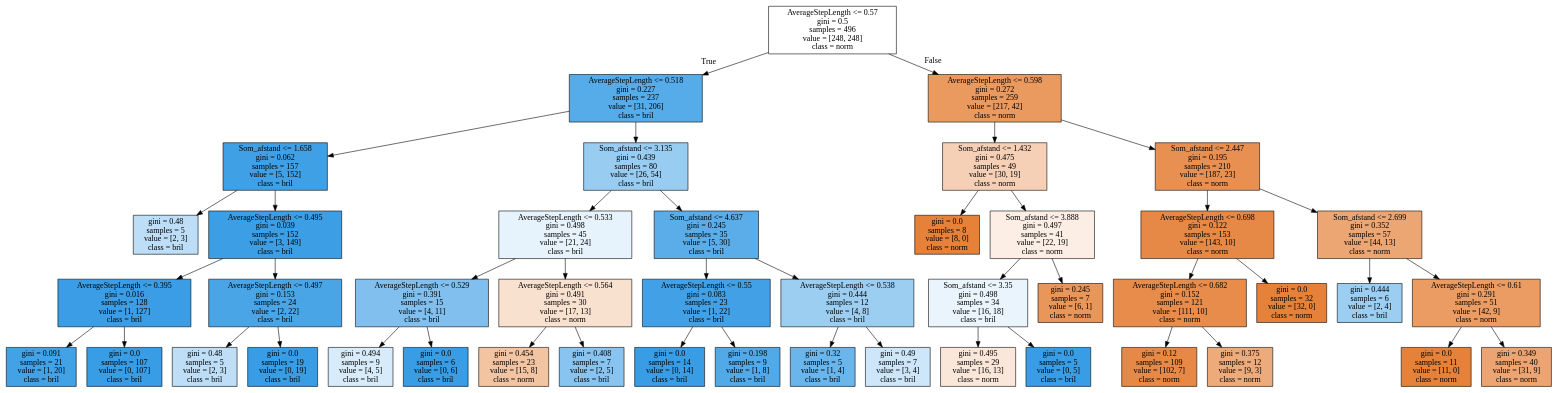
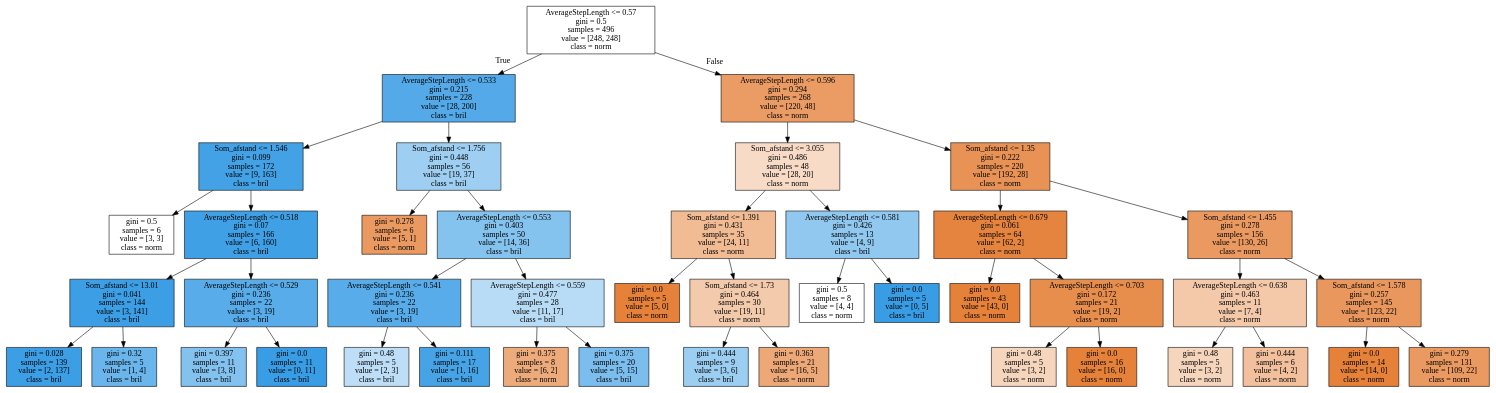
The diagram in Machine_learning/tree.dot (VivienvV/fallrisk), drawn with Graphviz before and after one commit. The commit also changed 6 other files, not shown here.

```diff
--- a/Machine_learning/tree.dot
+++ b/Machine_learning/tree.dot
@@ -1,92 +1,88 @@
 digraph Tree {
 node [shape=box, style="filled", color="black"] ;
 0 [label="AverageStepLength <= 0.57\ngini = 0.5\nsamples = 496\nvalue = [248, 248]\nclass = norm", fillcolor="#e5813900"] ;
-1 [label="AverageStepLength <= 0.518\ngini = 0.227\nsamples = 237\nvalue = [31, 206]\nclass = bril", fillcolor="#399de5d9"] ;
+1 [label="AverageStepLength <= 0.533\ngini = 0.215\nsamples = 228\nvalue = [28, 200]\nclass = bril", fillcolor="#399de5db"] ;
 0 -> 1 [labeldistance=2.5, labelangle=45, headlabel="True"] ;
-2 [label="Som_afstand <= 1.658\ngini = 0.062\nsamples = 157\nvalue = [5, 152]\nclass = bril", fillcolor="#399de5f7"] ;
+2 [label="Som_afstand <= 1.546\ngini = 0.099\nsamples = 172\nvalue = [9, 163]\nclass = bril", fillcolor="#399de5f1"] ;
 1 -> 2 ;
-3 [label="gini = 0.48\nsamples = 5\nvalue = [2, 3]\nclass = bril", fillcolor="#399de555"] ;
+3 [label="gini = 0.5\nsamples = 6\nvalue = [3, 3]\nclass = norm", fillcolor="#e5813900"] ;
 2 -> 3 ;
-4 [label="AverageStepLength <= 0.495\ngini = 0.039\nsamples = 152\nvalue = [3, 149]\nclass = bril", fillcolor="#399de5fa"] ;
+4 [label="AverageStepLength <= 0.518\ngini = 0.07\nsamples = 166\nvalue = [6, 160]\nclass = bril", fillcolor="#399de5f5"] ;
 2 -> 4 ;
-5 [label="AverageStepLength <= 0.395\ngini = 0.016\nsamples = 128\nvalue = [1, 127]\nclass = bril", fillcolor="#399de5fd"] ;
+5 [label="Som_afstand <= 13.01\ngini = 0.041\nsamples = 144\nvalue = [3, 141]\nclass = bril", fillcolor="#399de5fa"] ;
 4 -> 5 ;
-6 [label="gini = 0.091\nsamples = 21\nvalue = [1, 20]\nclass = bril", fillcolor="#399de5f2"] ;
+6 [label="gini = 0.028\nsamples = 139\nvalue = [2, 137]\nclass = bril", fillcolor="#399de5fb"] ;
 5 -> 6 ;
-7 [label="gini = 0.0\nsamples = 107\nvalue = [0, 107]\nclass = bril", fillcolor="#399de5ff"] ;
+7 [label="gini = 0.32\nsamples = 5\nvalue = [1, 4]\nclass = bril", fillcolor="#399de5bf"] ;
 5 -> 7 ;
-8 [label="AverageStepLength <= 0.497\ngini = 0.153\nsamples = 24\nvalue = [2, 22]\nclass = bril", fillcolor="#399de5e8"] ;
+8 [label="AverageStepLength <= 0.529\ngini = 0.236\nsamples = 22\nvalue = [3, 19]\nclass = bril", fillcolor="#399de5d7"] ;
 4 -> 8 ;
-9 [label="gini = 0.48\nsamples = 5\nvalue = [2, 3]\nclass = bril", fillcolor="#399de555"] ;
+9 [label="gini = 0.397\nsamples = 11\nvalue = [3, 8]\nclass = bril", fillcolor="#399de59f"] ;
 8 -> 9 ;
-10 [label="gini = 0.0\nsamples = 19\nvalue = [0, 19]\nclass = bril", fillcolor="#399de5ff"] ;
+10 [label="gini = 0.0\nsamples = 11\nvalue = [0, 11]\nclass = bril", fillcolor="#399de5ff"] ;
 8 -> 10 ;
-11 [label="Som_afstand <= 3.135\ngini = 0.439\nsamples = 80\nvalue = [26, 54]\nclass = bril", fillcolor="#399de584"] ;
+11 [label="Som_afstand <= 1.756\ngini = 0.448\nsamples = 56\nvalue = [19, 37]\nclass = bril", fillcolor="#399de57c"] ;
 1 -> 11 ;
-12 [label="AverageStepLength <= 0.533\ngini = 0.498\nsamples = 45\nvalue = [21, 24]\nclass = bril", fillcolor="#399de520"] ;
+12 [label="gini = 0.278\nsamples = 6\nvalue = [5, 1]\nclass = norm", fillcolor="#e58139cc"] ;
 11 -> 12 ;
-13 [label="AverageStepLength <= 0.529\ngini = 0.391\nsamples = 15\nvalue = [4, 11]\nclass = bril", fillcolor="#399de5a2"] ;
-12 -> 13 ;
-14 [label="gini = 0.494\nsamples = 9\nvalue = [4, 5]\nclass = bril", fillcolor="#399de533"] ;
+13 [label="AverageStepLength <= 0.553\ngini = 0.403\nsamples = 50\nvalue = [14, 36]\nclass = bril", fillcolor="#399de59c"] ;
+11 -> 13 ;
+14 [label="AverageStepLength <= 0.541\ngini = 0.236\nsamples = 22\nvalue = [3, 19]\nclass = bril", fillcolor="#399de5d7"] ;
 13 -> 14 ;
-15 [label="gini = 0.0\nsamples = 6\nvalue = [0, 6]\nclass = bril", fillcolor="#399de5ff"] ;
-13 -> 15 ;
-16 [label="AverageStepLength <= 0.564\ngini = 0.491\nsamples = 30\nvalue = [17, 13]\nclass = norm", fillcolor="#e581393c"] ;
-12 -> 16 ;
-17 [label="gini = 0.454\nsamples = 23\nvalue = [15, 8]\nclass = norm", fillcolor="#e5813977"] ;
-16 -> 17 ;
-18 [label="gini = 0.408\nsamples = 7\nvalue = [2, 5]\nclass = bril", fillcolor="#399de599"] ;
-16 -> 18 ;
-19 [label="Som_afstand <= 4.637\ngini = 0.245\nsamples = 35\nvalue = [5, 30]\nclass = bril", fillcolor="#399de5d4"] ;
-11 -> 19 ;
-20 [label="AverageStepLength <= 0.55\ngini = 0.083\nsamples = 23\nvalue = [1, 22]\nclass = bril", fillcolor="#399de5f3"] ;
-19 -> 20 ;
-21 [label="gini = 0.0\nsamples = 14\nvalue = [0, 14]\nclass = bril", fillcolor="#399de5ff"] ;
+15 [label="gini = 0.48\nsamples = 5\nvalue = [2, 3]\nclass = bril", fillcolor="#399de555"] ;
+14 -> 15 ;
+16 [label="gini = 0.111\nsamples = 17\nvalue = [1, 16]\nclass = bril", fillcolor="#399de5ef"] ;
+14 -> 16 ;
+17 [label="AverageStepLength <= 0.559\ngini = 0.477\nsamples = 28\nvalue = [11, 17]\nclass = bril", fillcolor="#399de55a"] ;
+13 -> 17 ;
+18 [label="gini = 0.375\nsamples = 8\nvalue = [6, 2]\nclass = norm", fillcolor="#e58139aa"] ;
+17 -> 18 ;
+19 [label="gini = 0.375\nsamples = 20\nvalue = [5, 15]\nclass = bril", fillcolor="#399de5aa"] ;
+17 -> 19 ;
+20 [label="AverageStepLength <= 0.596\ngini = 0.294\nsamples = 268\nvalue = [220, 48]\nclass = norm", fillcolor="#e58139c7"] ;
+0 -> 20 [labeldistance=2.5, labelangle=-45, headlabel="False"] ;
+21 [label="Som_afstand <= 3.055\ngini = 0.486\nsamples = 48\nvalue = [28, 20]\nclass = norm", fillcolor="#e5813949"] ;
 20 -> 21 ;
-22 [label="gini = 0.198\nsamples = 9\nvalue = [1, 8]\nclass = bril", fillcolor="#399de5df"] ;
-20 -> 22 ;
-23 [label="AverageStepLength <= 0.538\ngini = 0.444\nsamples = 12\nvalue = [4, 8]\nclass = bril", fillcolor="#399de57f"] ;
-19 -> 23 ;
-24 [label="gini = 0.32\nsamples = 5\nvalue = [1, 4]\nclass = bril", fillcolor="#399de5bf"] ;
-23 -> 24 ;
-25 [label="gini = 0.49\nsamples = 7\nvalue = [3, 4]\nclass = bril", fillcolor="#399de540"] ;
-23 -> 25 ;
-26 [label="AverageStepLength <= 0.598\ngini = 0.272\nsamples = 259\nvalue = [217, 42]\nclass = norm", fillcolor="#e58139ce"] ;
-0 -> 26 [labeldistance=2.5, labelangle=-45, headlabel="False"] ;
-27 [label="Som_afstand <= 1.432\ngini = 0.475\nsamples = 49\nvalue = [30, 19]\nclass = norm", fillcolor="#e581395e"] ;
-26 -> 27 ;
-28 [label="gini = 0.0\nsamples = 8\nvalue = [8, 0]\nclass = norm", fillcolor="#e58139ff"] ;
+22 [label="Som_afstand <= 1.391\ngini = 0.431\nsamples = 35\nvalue = [24, 11]\nclass = norm", fillcolor="#e581398a"] ;
+21 -> 22 ;
+23 [label="gini = 0.0\nsamples = 5\nvalue = [5, 0]\nclass = norm", fillcolor="#e58139ff"] ;
+22 -> 23 ;
+24 [label="Som_afstand <= 1.73\ngini = 0.464\nsamples = 30\nvalue = [19, 11]\nclass = norm", fillcolor="#e581396b"] ;
+22 -> 24 ;
+25 [label="gini = 0.444\nsamples = 9\nvalue = [3, 6]\nclass = bril", fillcolor="#399de57f"] ;
+24 -> 25 ;
+26 [label="gini = 0.363\nsamples = 21\nvalue = [16, 5]\nclass = norm", fillcolor="#e58139af"] ;
+24 -> 26 ;
+27 [label="AverageStepLength <= 0.581\ngini = 0.426\nsamples = 13\nvalue = [4, 9]\nclass = bril", fillcolor="#399de58e"] ;
+21 -> 27 ;
+28 [label="gini = 0.5\nsamples = 8\nvalue = [4, 4]\nclass = norm", fillcolor="#e5813900"] ;
 27 -> 28 ;
-29 [label="Som_afstand <= 3.888\ngini = 0.497\nsamples = 41\nvalue = [22, 19]\nclass = norm", fillcolor="#e5813923"] ;
+29 [label="gini = 0.0\nsamples = 5\nvalue = [0, 5]\nclass = bril", fillcolor="#399de5ff"] ;
 27 -> 29 ;
-30 [label="Som_afstand <= 3.35\ngini = 0.498\nsamples = 34\nvalue = [16, 18]\nclass = bril", fillcolor="#399de51c"] ;
-29 -> 30 ;
-31 [label="gini = 0.495\nsamples = 29\nvalue = [16, 13]\nclass = norm", fillcolor="#e5813930"] ;
+30 [label="Som_afstand <= 1.35\ngini = 0.222\nsamples = 220\nvalue = [192, 28]\nclass = norm", fillcolor="#e58139da"] ;
+20 -> 30 ;
+31 [label="AverageStepLength <= 0.679\ngini = 0.061\nsamples = 64\nvalue = [62, 2]\nclass = norm", fillcolor="#e58139f7"] ;
 30 -> 31 ;
-32 [label="gini = 0.0\nsamples = 5\nvalue = [0, 5]\nclass = bril", fillcolor="#399de5ff"] ;
-30 -> 32 ;
-33 [label="gini = 0.245\nsamples = 7\nvalue = [6, 1]\nclass = norm", fillcolor="#e58139d4"] ;
-29 -> 33 ;
-34 [label="Som_afstand <= 2.447\ngini = 0.195\nsamples = 210\nvalue = [187, 23]\nclass = norm", fillcolor="#e58139e0"] ;
-26 -> 34 ;
-35 [label="AverageStepLength <= 0.698\ngini = 0.122\nsamples = 153\nvalue = [143, 10]\nclass = norm", fillcolor="#e58139ed"] ;
-34 -> 35 ;
-36 [label="AverageStepLength <= 0.682\ngini = 0.152\nsamples = 121\nvalue = [111, 10]\nclass = norm", fillcolor="#e58139e8"] ;
-35 -> 36 ;
-37 [label="gini = 0.12\nsamples = 109\nvalue = [102, 7]\nclass = norm", fillcolor="#e58139ee"] ;
+32 [label="gini = 0.0\nsamples = 43\nvalue = [43, 0]\nclass = norm", fillcolor="#e58139ff"] ;
+31 -> 32 ;
+33 [label="AverageStepLength <= 0.703\ngini = 0.172\nsamples = 21\nvalue = [19, 2]\nclass = norm", fillcolor="#e58139e4"] ;
+31 -> 33 ;
+34 [label="gini = 0.48\nsamples = 5\nvalue = [3, 2]\nclass = norm", fillcolor="#e5813955"] ;
+33 -> 34 ;
+35 [label="gini = 0.0\nsamples = 16\nvalue = [16, 0]\nclass = norm", fillcolor="#e58139ff"] ;
+33 -> 35 ;
+36 [label="Som_afstand <= 1.455\ngini = 0.278\nsamples = 156\nvalue = [130, 26]\nclass = norm", fillcolor="#e58139cc"] ;
+30 -> 36 ;
+37 [label="AverageStepLength <= 0.638\ngini = 0.463\nsamples = 11\nvalue = [7, 4]\nclass = norm", fillcolor="#e581396d"] ;
 36 -> 37 ;
-38 [label="gini = 0.375\nsamples = 12\nvalue = [9, 3]\nclass = norm", fillcolor="#e58139aa"] ;
-36 -> 38 ;
-39 [label="gini = 0.0\nsamples = 32\nvalue = [32, 0]\nclass = norm", fillcolor="#e58139ff"] ;
-35 -> 39 ;
-40 [label="Som_afstand <= 2.699\ngini = 0.352\nsamples = 57\nvalue = [44, 13]\nclass = norm", fillcolor="#e58139b4"] ;
-34 -> 40 ;
-41 [label="gini = 0.444\nsamples = 6\nvalue = [2, 4]\nclass = bril", fillcolor="#399de57f"] ;
+38 [label="gini = 0.48\nsamples = 5\nvalue = [3, 2]\nclass = norm", fillcolor="#e5813955"] ;
+37 -> 38 ;
+39 [label="gini = 0.444\nsamples = 6\nvalue = [4, 2]\nclass = norm", fillcolor="#e581397f"] ;
+37 -> 39 ;
+40 [label="Som_afstand <= 1.578\ngini = 0.257\nsamples = 145\nvalue = [123, 22]\nclass = norm", fillcolor="#e58139d1"] ;
+36 -> 40 ;
+41 [label="gini = 0.0\nsamples = 14\nvalue = [14, 0]\nclass = norm", fillcolor="#e58139ff"] ;
 40 -> 41 ;
-42 [label="AverageStepLength <= 0.61\ngini = 0.291\nsamples = 51\nvalue = [42, 9]\nclass = norm", fillcolor="#e58139c8"] ;
+42 [label="gini = 0.279\nsamples = 131\nvalue = [109, 22]\nclass = norm", fillcolor="#e58139cc"] ;
 40 -> 42 ;
-43 [label="gini = 0.0\nsamples = 11\nvalue = [11, 0]\nclass = norm", fillcolor="#e58139ff"] ;
-42 -> 43 ;
-44 [label="gini = 0.349\nsamples = 40\nvalue = [31, 9]\nclass = norm", fillcolor="#e58139b5"] ;
-42 -> 44 ;
 }
```
